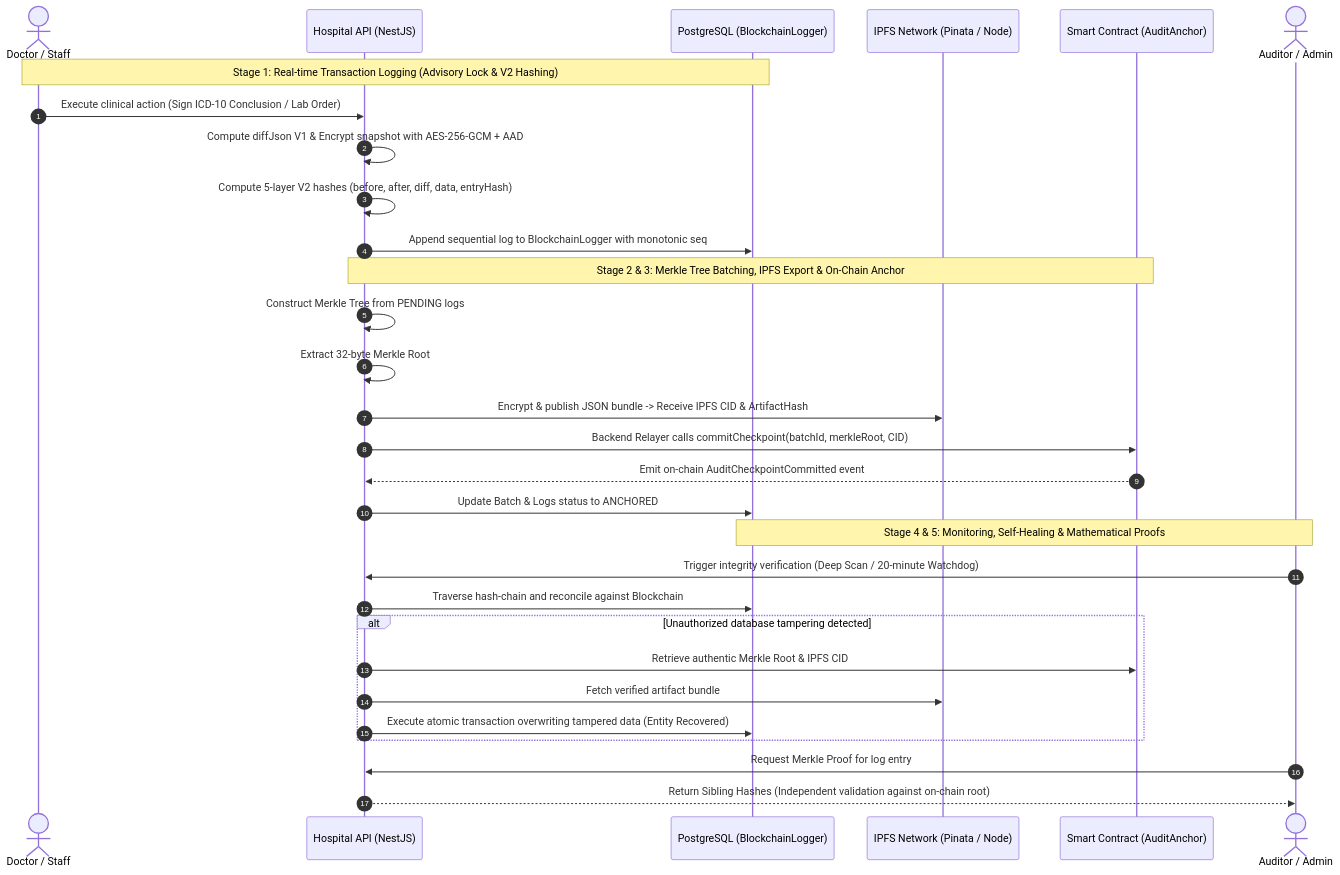
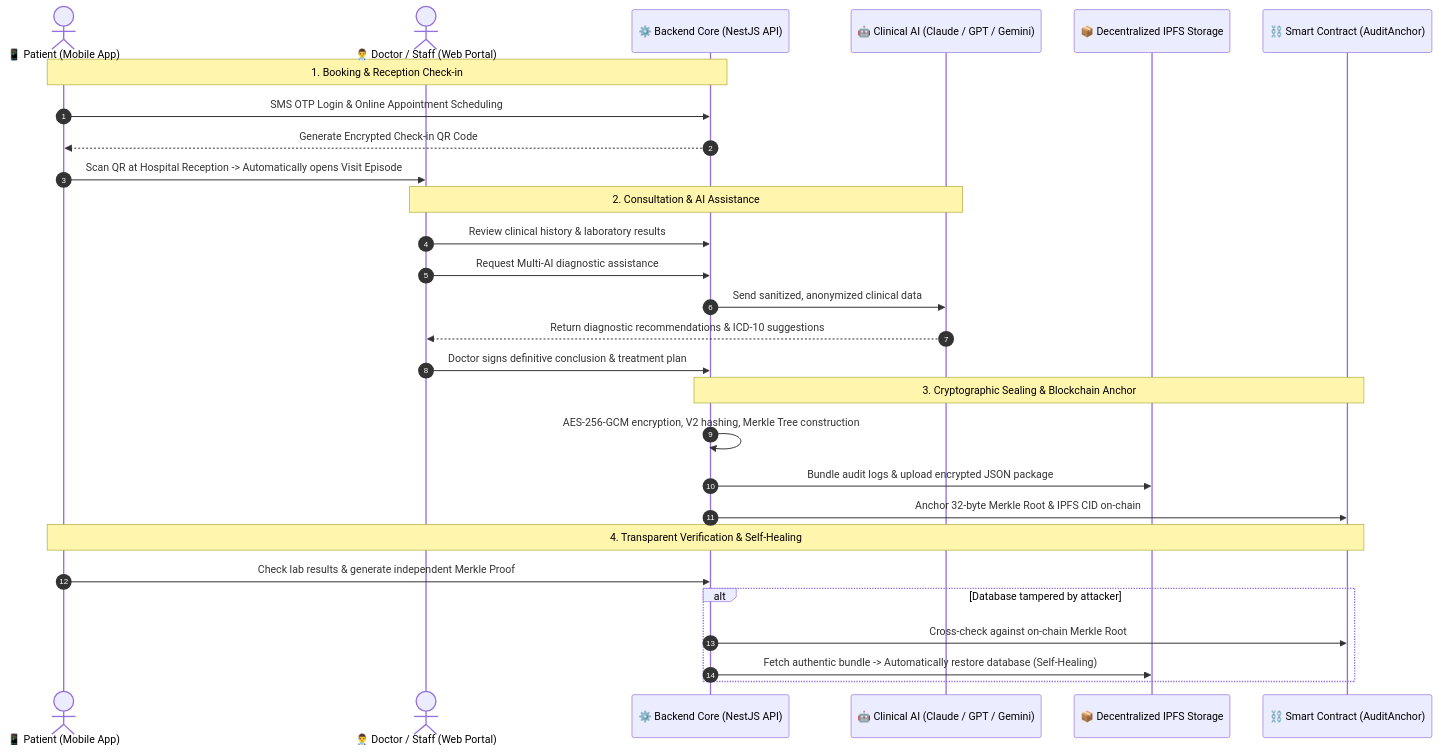
The second of 2 diagrams in README.en.md (duc19092005/KLTN), drawn with Mermaid before and after one commit. The commit also changed other lines of this file and 1 other file, not shown here.

First line of the commit message:
docs(master): enhance README with intuitive problem explanation, blockchain drawbacks, and Merkle tree visual guide

````diff
--- a/README.en.md
+++ b/README.en.md
@@ -60,35 +127,34 @@
 ```mermaid
 sequenceDiagram
     autonumber
-    actor User as Doctor / Staff
-    participant API as Hospital API (NestJS)
-    participant DB as PostgreSQL (BlockchainLogger)
-    participant IPFS as IPFS Network (Pinata / Node)
-    participant SC as Smart Contract (AuditAnchor)
-    actor Auditor as Auditor / Admin
+    actor P as 📱 Patient (Mobile App)
+    actor D as 👨‍⚕️ Doctor / Staff (Web Portal)
+    participant API as ⚙️ Backend Core (NestJS API)
+    participant AI as 🤖 Clinical AI (Claude / GPT / Gemini)
+    participant IPFS as 📦 Decentralized IPFS Storage
+    participant SC as ⛓️ Smart Contract (AuditAnchor)
 
-    Note over User,DB: Stage 1: Real-time Transaction Logging (Advisory Lock & V2 Hashing)
-    User->>API: Execute clinical action (Sign ICD-10 Conclusion / Lab Order)
-    API->>API: Compute diffJson V1 & Encrypt snapshot with AES-256-GCM + AAD
-    API->>API: Compute 5-layer V2 hashes (before, after, diff, data, entryHash)
-    API->>DB: Append sequential log to BlockchainLogger with monotonic seq
+    Note over P,API: 1. Booking & Reception Check-in
+    P->>API: SMS OTP Login & Online Appointment Scheduling
+    API-->>P: Generate Encrypted Check-in QR Code
+    P->>D: Scan QR at Hospital Reception -> Automatically opens Visit Episode
 
-    Note over API,SC: Stage 2 & 3: Merkle Tree Batching, IPFS Export & On-Chain Anchor
-    API->>API: Construct Merkle Tree from PENDING logs
-    API->>API: Extract 32-byte Merkle Root
-    API->>IPFS: Encrypt & publish JSON bundle -> Receive IPFS CID & ArtifactHash
-    API->>SC: Backend Relayer calls commitCheckpoint(batchId, merkleRoot, CID)
-    SC-->>API: Emit on-chain AuditCheckpointCommitted event
-    API->>DB: Update Batch & Logs status to ANCHORED
+    Note over D,AI: 2. Consultation & AI Assistance
+    D->>API: Review clinical history & laboratory results
+    D->>API: Request Multi-AI diagnostic assistance
+    API->>AI: Send sanitized, anonymized clinical data
+    AI-->>D: Return diagnostic recommendations & ICD-10 suggestions
+    D->>API: Doctor signs definitive conclusion & treatment plan
 
-    Note over Auditor,DB: Stage 4 & 5: Monitoring, Self-Healing & Mathematical Proofs
-    Auditor->>API: Trigger integrity verification (Deep Scan / 20-minute Watchdog)
-    API->>DB: Traverse hash-chain and reconcile against Blockchain
-    alt Unauthorized database tampering detected
-        API->>SC: Retrieve authentic Merkle Root & IPFS CID
-        API->>IPFS: Fetch verified artifact bundle
-        API->>DB: Execute atomic transaction overwriting tampered data (Entity Recovered)
+    Note over API,SC: 3. Cryptographic Sealing & Blockchain Anchor
+    API->>API: AES-256-GCM encryption, V2 hashing, Merkle Tree construction
+    API->>IPFS: Bundle audit logs & upload encrypted JSON package
+    API->>SC: Anchor 32-byte Merkle Root & IPFS CID on-chain
+
+    Note over P,SC: 4. Transparent Verification & Self-Healing
+    P->>API: Check lab results & generate independent Merkle Proof
+    alt Database tampered by attacker
+        API->>SC: Cross-check against on-chain Merkle Root
+        API->>IPFS: Fetch authentic bundle -> Automatically restore database (Self-Healing)
     end
-    Auditor->>API: Request Merkle Proof for log entry
-    API-->>Auditor: Return Sibling Hashes (Independent validation against on-chain root)
 ```
````
